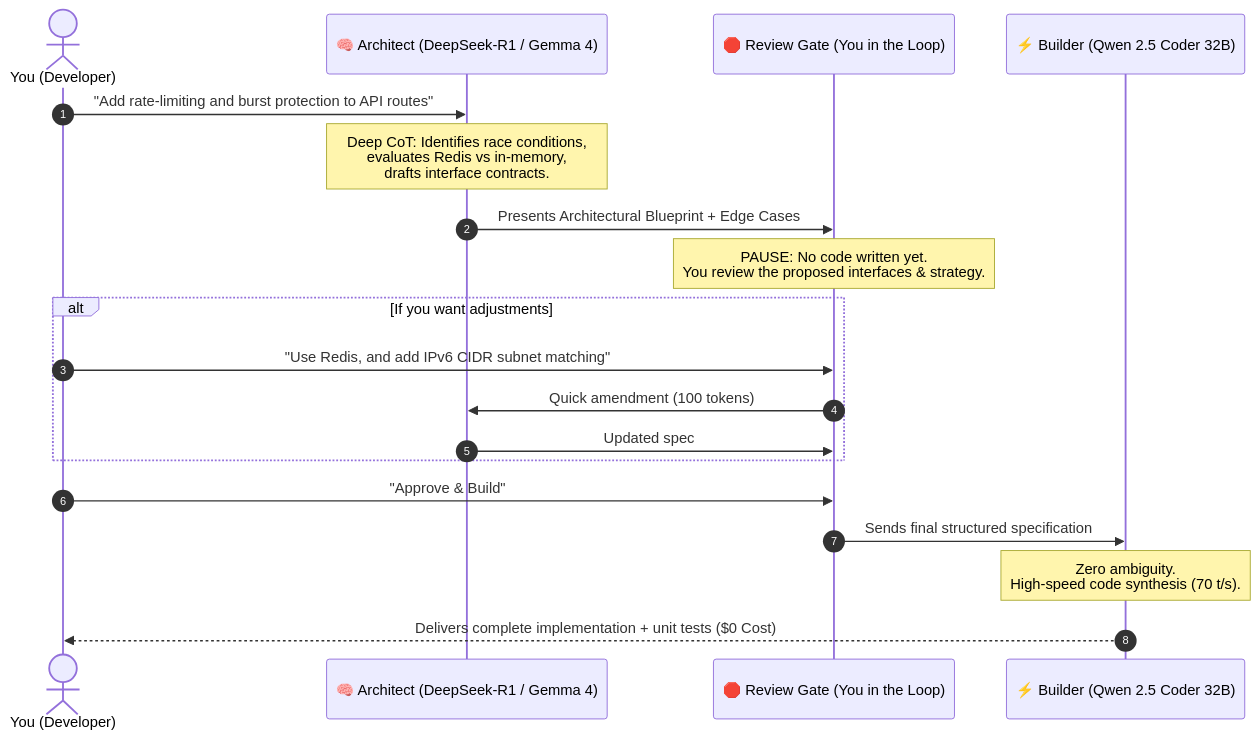
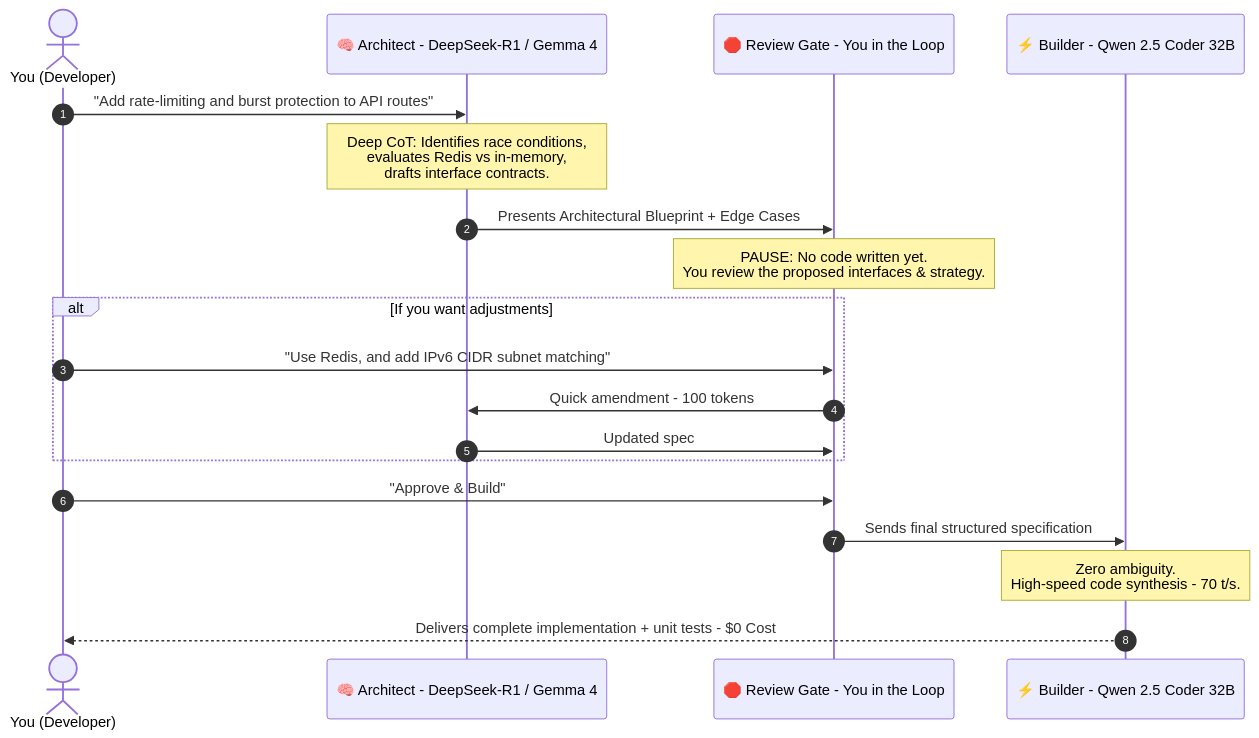
Before and after one commit to jadberro/CascadeGateway: the second of 2 diagrams in README.md, drawn with Mermaid. The commit also changed other lines of this file, not shown here.

````diff
--- a/README.md
+++ b/README.md
@@ -74,24 +74,24 @@
 ```mermaid
 sequenceDiagram
     autonumber
     actor Dev as You (Developer)
-    participant Arch as 🧠 Architect (DeepSeek-R1 / Gemma 4)
-    participant Gate as 🛑 Review Gate (You in the Loop)
-    participant Build as ⚡ Builder (Qwen 2.5 Coder 32B)
+    participant Arch as 🧠 Architect - DeepSeek-R1 / Gemma 4
+    participant Gate as 🛑 Review Gate - You in the Loop
+    participant Build as ⚡ Builder - Qwen 2.5 Coder 32B
 
     Dev->>Arch: "Add rate-limiting and burst protection to API routes"
     Note over Arch: Deep CoT: Identifies race conditions,<br/>evaluates Redis vs in-memory,<br/>drafts interface contracts.
     Arch->>Gate: Presents Architectural Blueprint + Edge Cases
     Note over Gate: PAUSE: No code written yet.<br/>You review the proposed interfaces & strategy.
-    
+
     alt If you want adjustments
         Dev->>Gate: "Use Redis, and add IPv6 CIDR subnet matching"
-        Gate->>Arch: Quick amendment (100 tokens)
+        Gate->>Arch: Quick amendment - 100 tokens
         Arch->>Gate: Updated spec
     end
 
     Dev->>Gate: "Approve & Build"
     Gate->>Build: Sends final structured specification
-    Note over Build: Zero ambiguity.<br/>High-speed code synthesis (70 t/s).
-    Build-->>Dev: Delivers complete implementation + unit tests ($0 Cost)
+    Note over Build: Zero ambiguity.<br/>High-speed code synthesis - 70 t/s.
+    Build-->>Dev: Delivers complete implementation + unit tests - $0 Cost
 ```
````
